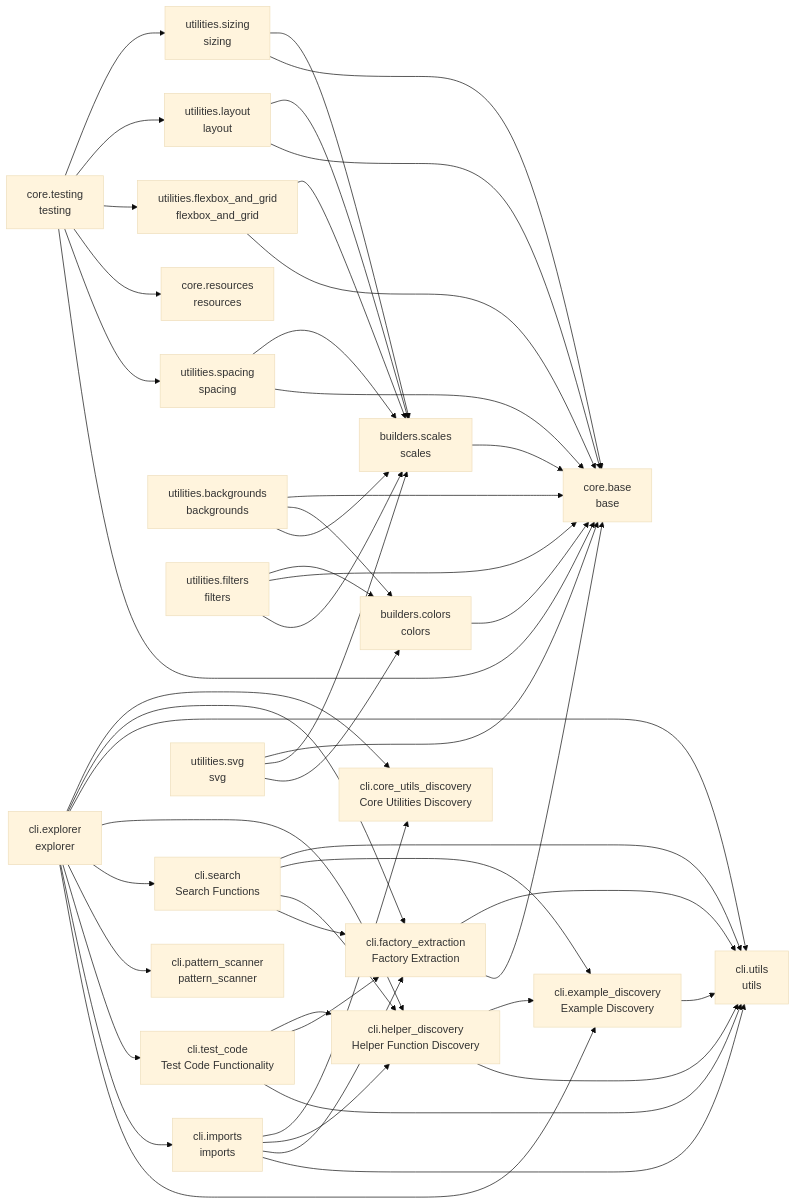
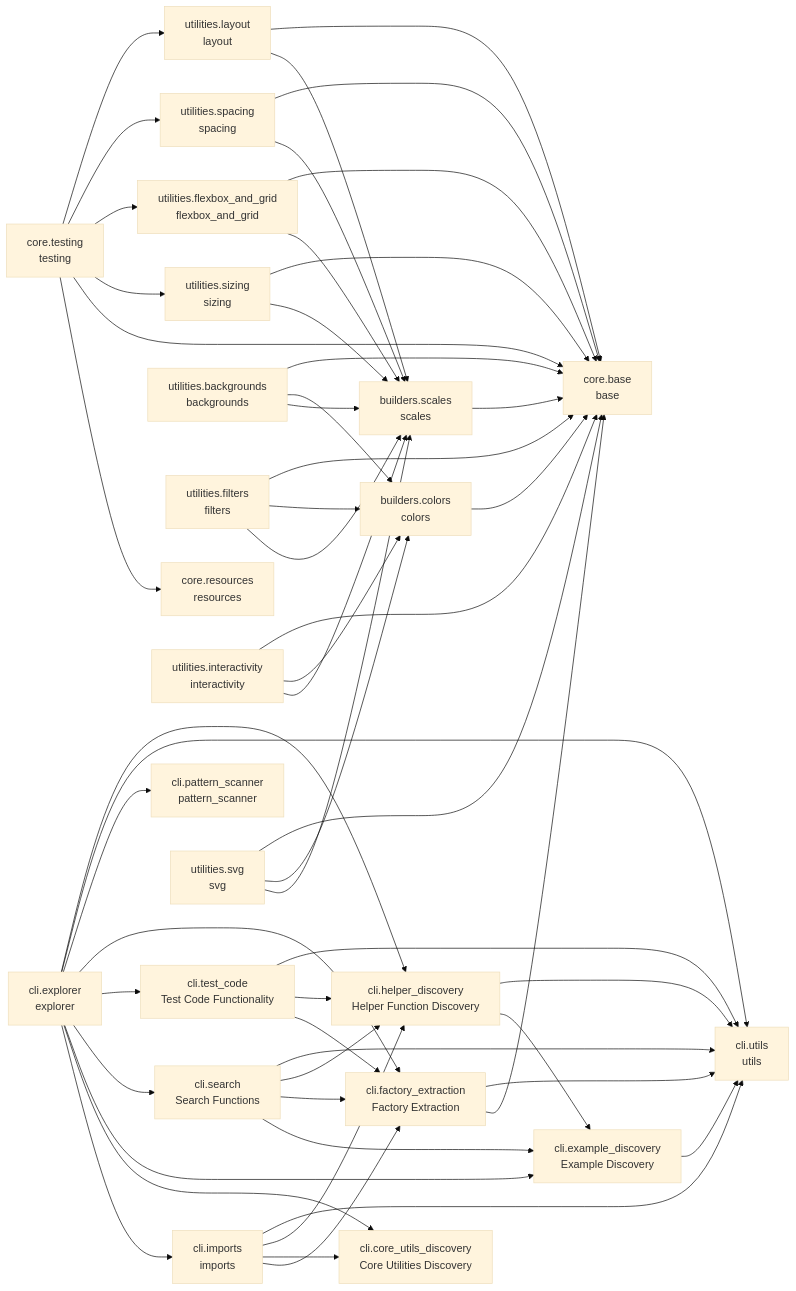
Before and after one commit to cj-mills/cjm-fasthtml-tailwind: the diagram in README.md, drawn with Mermaid (base theme). The commit also changed other lines of this file and 7 other files, not shown here.

Commit message:
Implement interactivity utilities.

````diff
--- a/README.md
+++ b/README.md
@@ -46,76 +47,80 @@
 ``` mermaid
 graph LR
     builders_colors[builders.colors<br/>colors]
     builders_scales[builders.scales<br/>scales]
     cli_core_utils_discovery[cli.core_utils_discovery<br/>Core Utilities Discovery]
     cli_example_discovery[cli.example_discovery<br/>Example Discovery]
     cli_explorer[cli.explorer<br/>explorer]
     cli_factory_extraction[cli.factory_extraction<br/>Factory Extraction]
     cli_helper_discovery[cli.helper_discovery<br/>Helper Function Discovery]
     cli_imports[cli.imports<br/>imports]
     cli_pattern_scanner[cli.pattern_scanner<br/>pattern_scanner]
     cli_search[cli.search<br/>Search Functions]
     cli_test_code[cli.test_code<br/>Test Code Functionality]
     cli_utils[cli.utils<br/>utils]
     core_base[core.base<br/>base]
     core_resources[core.resources<br/>resources]
     core_testing[core.testing<br/>testing]
     utilities_backgrounds[utilities.backgrounds<br/>backgrounds]
     utilities_filters[utilities.filters<br/>filters]
     utilities_flexbox_and_grid[utilities.flexbox_and_grid<br/>flexbox_and_grid]
+    utilities_interactivity[utilities.interactivity<br/>interactivity]
     utilities_layout[utilities.layout<br/>layout]
     utilities_sizing[utilities.sizing<br/>sizing]
     utilities_spacing[utilities.spacing<br/>spacing]
     utilities_svg[utilities.svg<br/>svg]
 
     builders_colors --> core_base
     builders_scales --> core_base
     cli_example_discovery --> cli_utils
+    cli_explorer --> cli_helper_discovery
+    cli_explorer --> cli_utils
+    cli_explorer --> cli_pattern_scanner
+    cli_explorer --> cli_factory_extraction
+    cli_explorer --> cli_test_code
+    cli_explorer --> cli_search
+    cli_explorer --> cli_example_discovery
     cli_explorer --> cli_core_utils_discovery
-    cli_explorer --> cli_factory_extraction
-    cli_explorer --> cli_utils
-    cli_explorer --> cli_helper_discovery
-    cli_explorer --> cli_search
-    cli_explorer --> cli_pattern_scanner
-    cli_explorer --> cli_test_code
     cli_explorer --> cli_imports
-    cli_explorer --> cli_example_discovery
     cli_factory_extraction --> cli_utils
     cli_factory_extraction --> core_base
+    cli_helper_discovery --> cli_utils
     cli_helper_discovery --> cli_example_discovery
-    cli_helper_discovery --> cli_utils
+    cli_imports --> cli_utils
+    cli_imports --> cli_helper_discovery
     cli_imports --> cli_core_utils_discovery
-    cli_imports --> cli_helper_discovery
     cli_imports --> cli_factory_extraction
-    cli_imports --> cli_utils
     cli_search --> cli_utils
-    cli_search --> cli_example_discovery
     cli_search --> cli_helper_discovery
     cli_search --> cli_factory_extraction
+    cli_search --> cli_example_discovery
+    cli_test_code --> cli_utils
     cli_test_code --> cli_helper_discovery
     cli_test_code --> cli_factory_extraction
-    cli_test_code --> cli_utils
+    core_testing --> utilities_layout
+    core_testing --> utilities_spacing
+    core_testing --> utilities_flexbox_and_grid
     core_testing --> utilities_sizing
-    core_testing --> utilities_layout
-    core_testing --> utilities_flexbox_and_grid
+    core_testing --> core_base
     core_testing --> core_resources
-    core_testing --> utilities_spacing
-    core_testing --> core_base
     utilities_backgrounds --> core_base
     utilities_backgrounds --> builders_colors
     utilities_backgrounds --> builders_scales
+    utilities_filters --> core_base
     utilities_filters --> builders_colors
-    utilities_filters --> core_base
     utilities_filters --> builders_scales
+    utilities_flexbox_and_grid --> core_base
     utilities_flexbox_and_grid --> builders_scales
-    utilities_flexbox_and_grid --> core_base
+    utilities_interactivity --> core_base
+    utilities_interactivity --> builders_colors
+    utilities_interactivity --> builders_scales
+    utilities_layout --> core_base
     utilities_layout --> builders_scales
-    utilities_layout --> core_base
+    utilities_sizing --> core_base
     utilities_sizing --> builders_scales
-    utilities_sizing --> core_base
+    utilities_spacing --> core_base
     utilities_spacing --> builders_scales
-    utilities_spacing --> core_base
     utilities_svg --> core_base
+    utilities_svg --> builders_colors
     utilities_svg --> builders_scales
-    utilities_svg --> builders_colors
 ```
````
